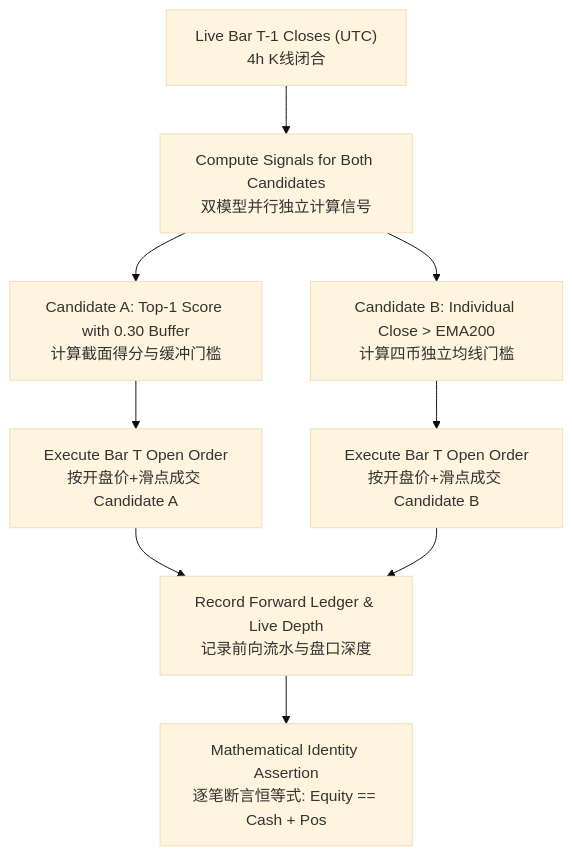
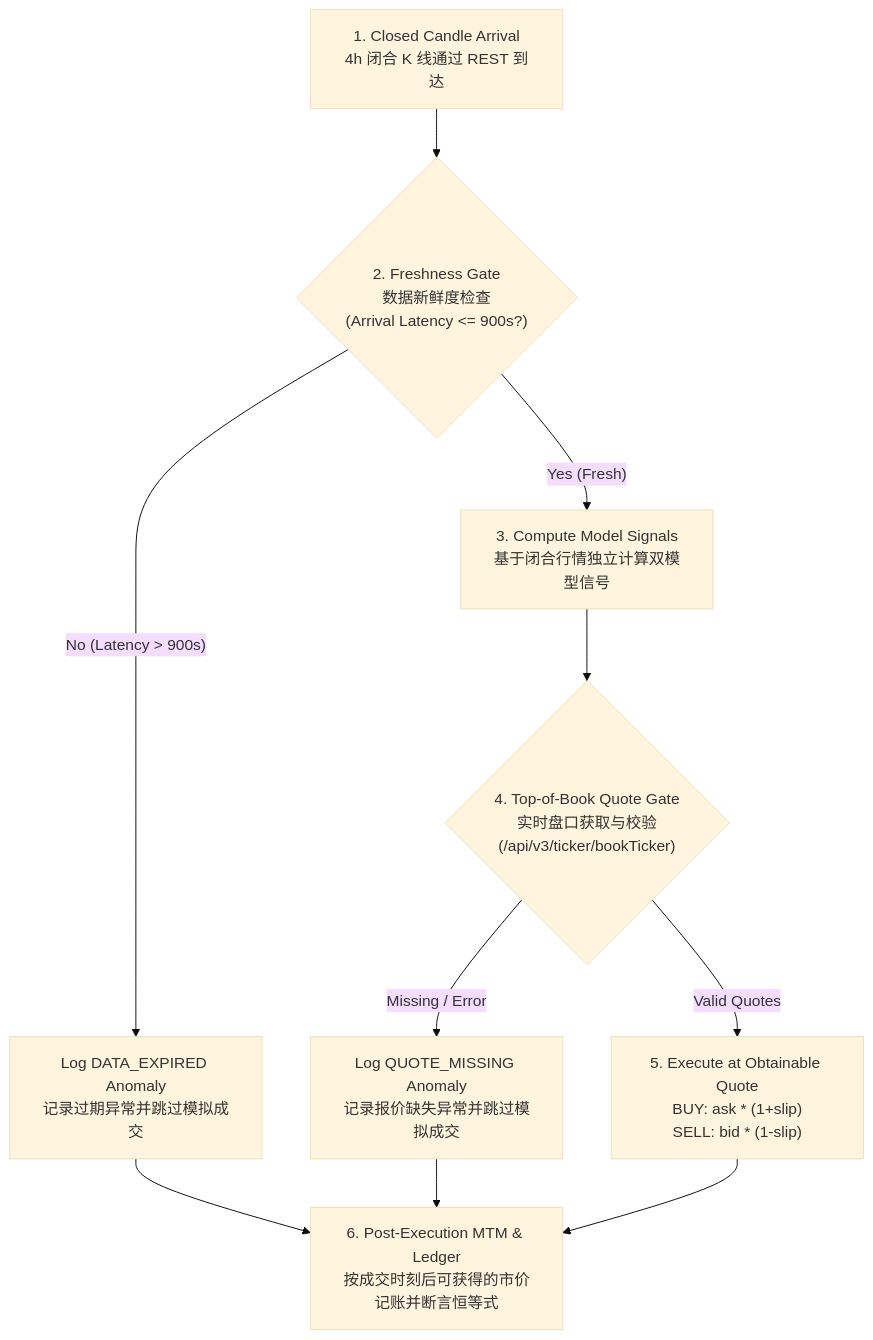
Before and after one commit to liuqi6776/crypto: the diagram in docs/FORWARD_PAPER_EVALUATION_PROTOCOL.md, drawn with Mermaid (base theme). The commit also changed other lines of this file and 11 other files, not shown here.

Commit message:
feat(forward): complete OOS state demarcation from cash, 5-step causal order-book execution, staleness/missing-quote guards, and scientific disclaimer

````diff
--- a/docs/FORWARD_PAPER_EVALUATION_PROTOCOL.md
+++ b/docs/FORWARD_PAPER_EVALUATION_PROTOCOL.md
@@ -66,11 +52,12 @@
 ```mermaid
 flowchart TD
-    A["Live Bar T-1 Closes (UTC)<br/>4h K线闭合"] --> B["Compute Signals for Both Candidates<br/>双模型并行独立计算信号"]
-    B --> C["Candidate A: Top-1 Score with 0.30 Buffer<br/>计算截面得分与缓冲门槛"]
-    B --> D["Candidate B: Individual Close > EMA200<br/>计算四币独立均线门槛"]
-    C --> E["Execute Bar T Open Order<br/>按开盘价+滑点成交 Candidate A"]
-    D --> F["Execute Bar T Open Order<br/>按开盘价+滑点成交 Candidate B"]
-    E --> G["Record Forward Ledger & Live Depth<br/>记录前向流水与盘口深度"]
-    F --> G
-    G --> H["Mathematical Identity Assertion<br/>逐笔断言恒等式: Equity == Cash + Pos"]
+    S1["1. Closed Candle Arrival<br/>4h 闭合 K 线通过 REST 到达"] --> S2{"2. Freshness Gate<br/>数据新鲜度检查<br/>(Arrival Latency <= 900s?)"}
+    S2 -- "No (Latency > 900s)" --> E1["Log DATA_EXPIRED Anomaly<br/>记录过期异常并跳过模拟成交"]
+    S2 -- "Yes (Fresh)" --> S3["3. Compute Model Signals<br/>基于闭合行情独立计算双模型信号"]
+    S3 --> S4{"4. Top-of-Book Quote Gate<br/>实时盘口获取与校验<br/>(/api/v3/ticker/bookTicker)"}
+    S4 -- "Missing / Error" --> E2["Log QUOTE_MISSING Anomaly<br/>记录报价缺失异常并跳过模拟成交"]
+    S4 -- "Valid Quotes" --> S5["5. Execute at Obtainable Quote<br/>BUY: ask * (1+slip)<br/>SELL: bid * (1-slip)"]
+    S5 --> S6["6. Post-Execution MTM & Ledger<br/>按成交时刻后可获得的市价记账并断言恒等式"]
+    E1 --> S6
+    E2 --> S6
 ```
````
